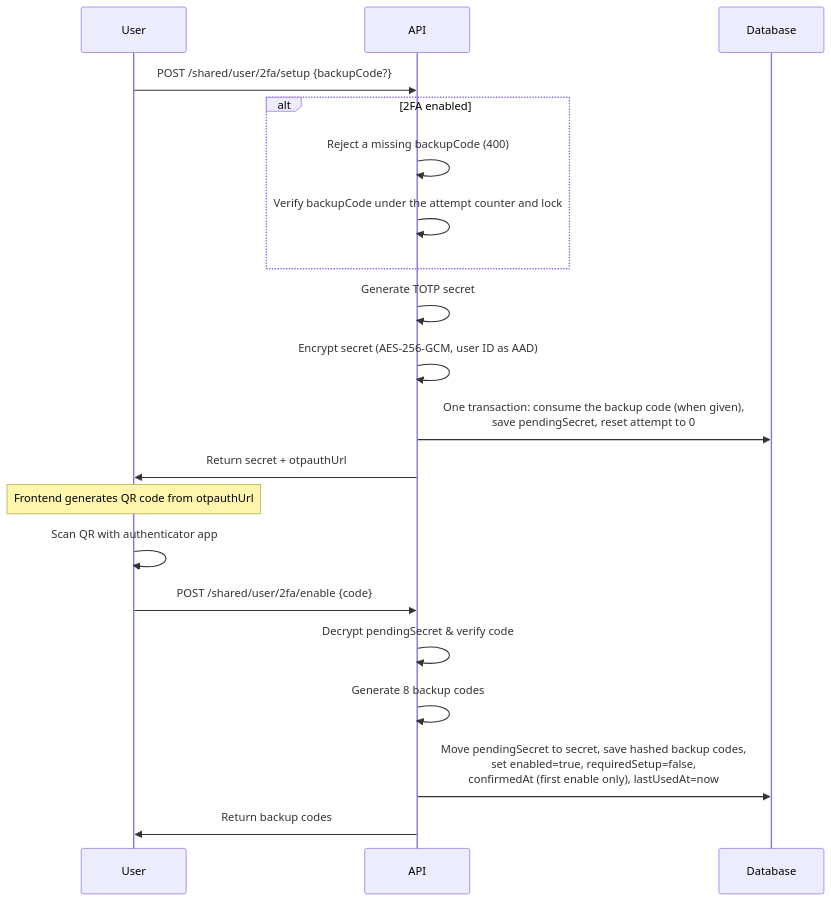
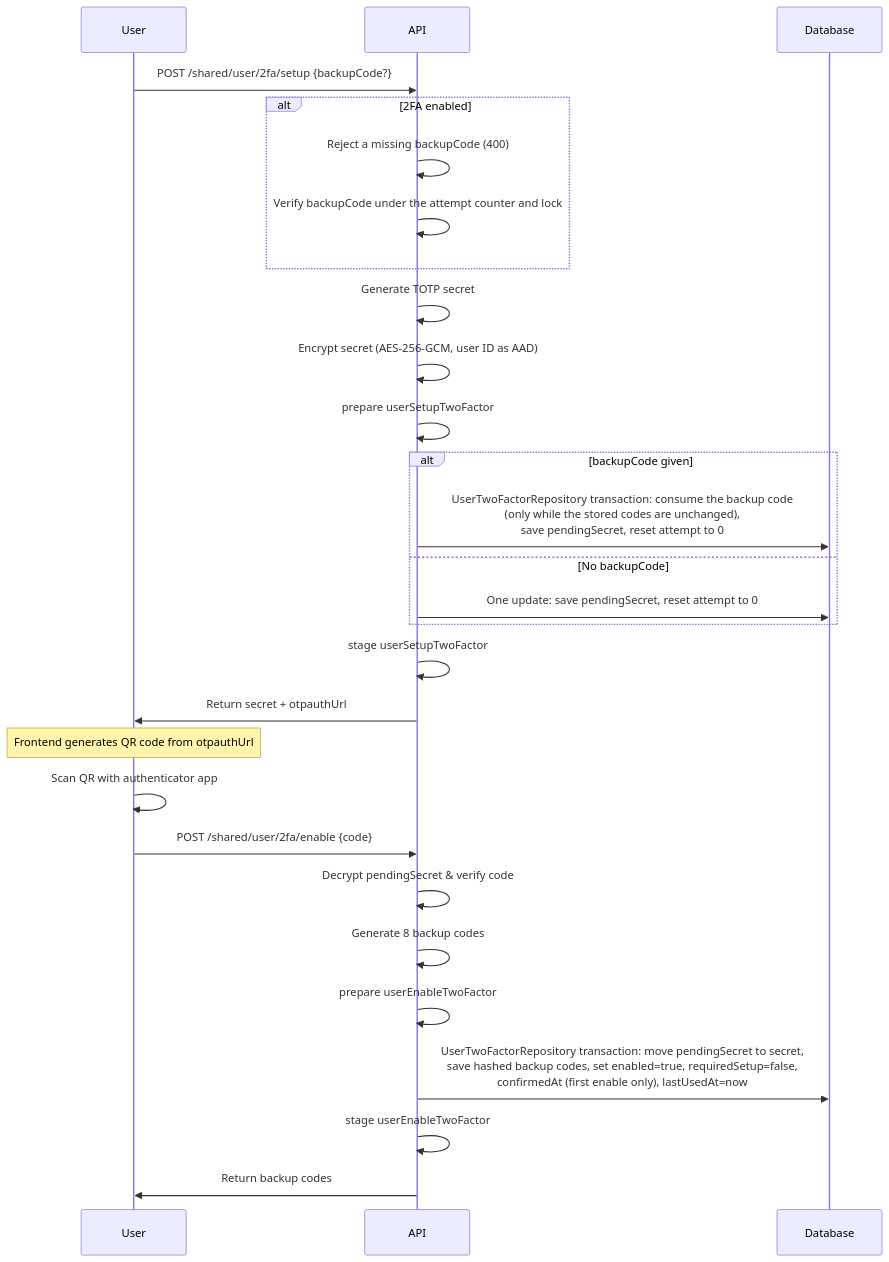
One commit to andrechristikan/ack-nestjs-boilerplate changed the first of 9 diagrams in docs/two-factor.md. Above: the diagram before and after it, drawn with Mermaid. The commit also changed other lines of this file and 141 other files, not shown here.

````diff
--- a/docs/two-factor.md
+++ b/docs/two-factor.md
@@ -196,23 +198,31 @@
 ```mermaid
 sequenceDiagram
     participant User
     participant API
     participant Database
 
     User->>API: POST /shared/user/2fa/setup {backupCode?}
     alt 2FA enabled
         API->>API: Reject a missing backupCode (400)
         API->>API: Verify backupCode under the attempt counter and lock
     end
     API->>API: Generate TOTP secret
     API->>API: Encrypt secret (AES-256-GCM, user ID as AAD)
-    API->>Database: One transaction: consume the backup code (when given),<br/>save pendingSecret, reset attempt to 0
+    API->>API: prepare userSetupTwoFactor
+    alt backupCode given
+        API->>Database: UserTwoFactorRepository transaction: consume the backup code<br/>(only while the stored codes are unchanged),<br/>save pendingSecret, reset attempt to 0
+    else No backupCode
+        API->>Database: One update: save pendingSecret, reset attempt to 0
+    end
+    API->>API: stage userSetupTwoFactor
     API->>User: Return secret + otpauthUrl
     Note over User: Frontend generates QR code from otpauthUrl
     User->>User: Scan QR with authenticator app
     User->>API: POST /shared/user/2fa/enable {code}
     API->>API: Decrypt pendingSecret & verify code
     API->>API: Generate 8 backup codes
-    API->>Database: Move pendingSecret to secret, save hashed backup codes,<br/>set enabled=true, requiredSetup=false,<br/>confirmedAt (first enable only), lastUsedAt=now
+    API->>API: prepare userEnableTwoFactor
+    API->>Database: UserTwoFactorRepository transaction: move pendingSecret to secret,<br/>save hashed backup codes, set enabled=true, requiredSetup=false,<br/>confirmedAt (first enable only), lastUsedAt=now
+    API->>API: stage userEnableTwoFactor
     API->>User: Return backup codes
 ```
````
